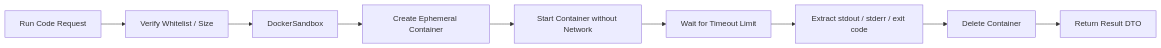
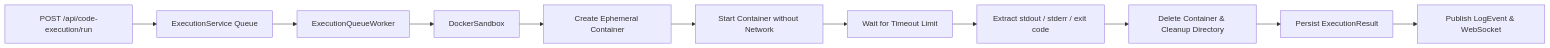
The second of 3 diagrams in docs/05-lld-detailed-design.md (123suraj-sky/DevOps-Suite), drawn with Mermaid before and after one commit. The commit also changed other lines of this file and 11 other files, not shown here.

````diff
--- a/docs/05-lld-detailed-design.md
+++ b/docs/05-lld-detailed-design.md
@@ -62,11 +67,13 @@
 ```mermaid
 flowchart LR
-    Request[Run Code Request] --> Validation[Verify Whitelist / Size]
-    Validation --> Sandbox[DockerSandbox]
+    Request[POST /api/code-execution/run] --> Service[ExecutionService Queue]
+    Service --> Worker[ExecutionQueueWorker]
+    Worker --> Sandbox[DockerSandbox]
     Sandbox --> Create[Create Ephemeral Container]
     Create --> Start[Start Container without Network]
     Start --> Wait[Wait for Timeout Limit]
     Wait --> Extract[Extract stdout / stderr / exit code]
-    Extract --> Destroy[Delete Container]
-    Destroy --> Result[Return Result DTO]
+    Extract --> Destroy[Delete Container & Cleanup Directory]
+    Destroy --> Result[Persist ExecutionResult]
+    Result --> LogStream[Publish LogEvent & WebSocket]
 ```
````
